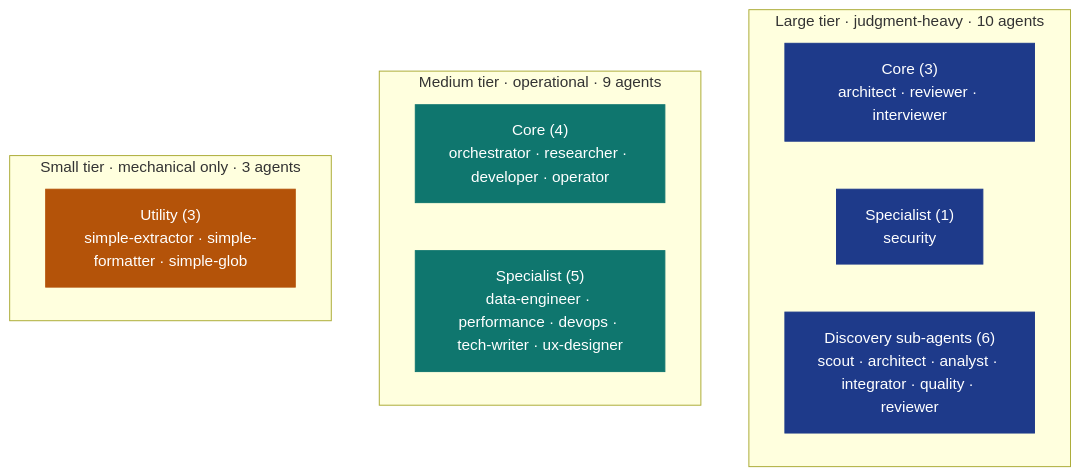
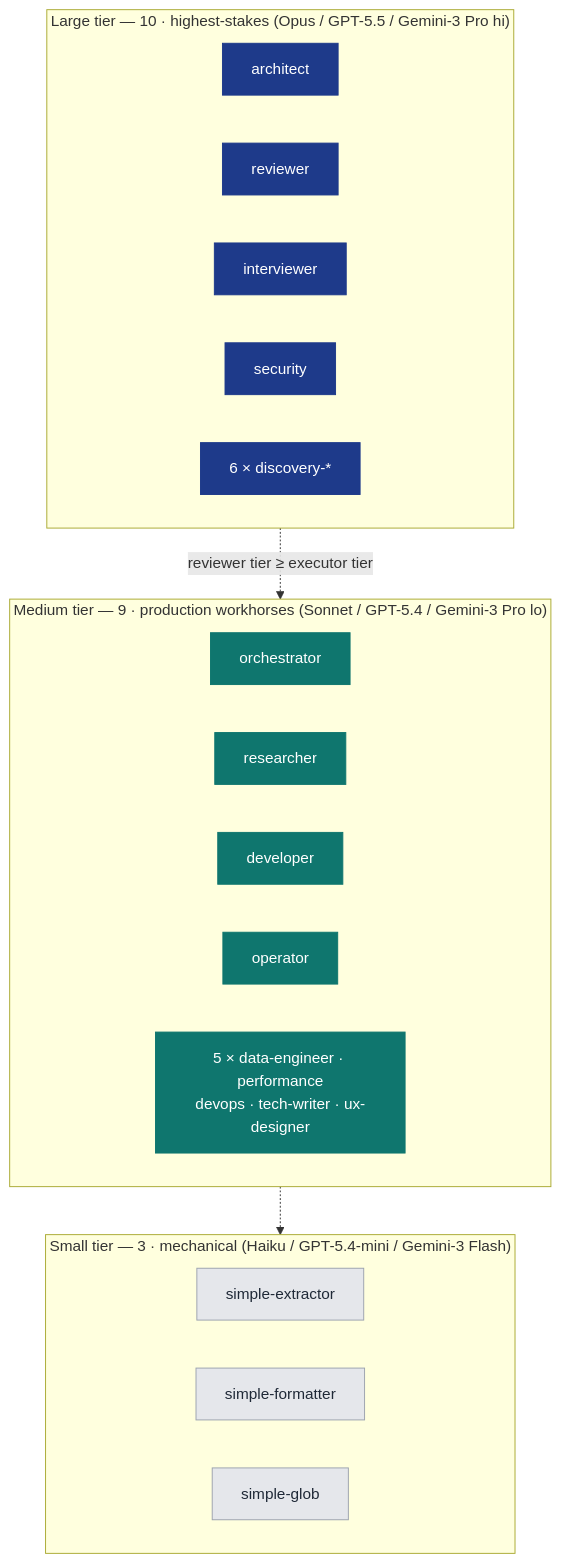
The third of 3 diagrams in README.md (AndreVianna/aid-methodology), drawn with Mermaid before and after one commit. The commit also changed other lines of this file and 4 other files, not shown here.

````diff
--- a/README.md
+++ b/README.md
@@ -201,19 +231,30 @@
 ```mermaid
-graph TB
+flowchart TB
     classDef large fill:#1E3A8A,stroke:#1E3A8A,color:#ffffff
-    classDef medium fill:#0F766E,stroke:#0F766E,color:#ffffff
-    classDef small fill:#B45309,stroke:#B45309,color:#ffffff
+    classDef med   fill:#0F766E,stroke:#0F766E,color:#ffffff
+    classDef small fill:#E5E7EB,stroke:#9CA3AF,color:#1F2937
 
-    subgraph Large[" Large tier · judgment-heavy · 10 agents "]
-        OC["Core (3)<br/>architect · reviewer · interviewer"]:::large
-        OS["Specialist (1)<br/>security"]:::large
-        OD["Discovery sub-agents (6)<br/>scout · architect · analyst · integrator · quality · reviewer"]:::large
+    subgraph L["Large tier — 10 · highest-stakes (Opus / GPT-5.5 / Gemini-3 Pro hi)"]
+        direction LR
+        LA["architect"]:::large
+        LR2["reviewer"]:::large
+        LI["interviewer"]:::large
+        LS["security"]:::large
+        LD["6 × discovery-*"]:::large
     end
-    subgraph Medium[" Medium tier · operational · 9 agents "]
-        SC["Core (4)<br/>orchestrator · researcher · developer · operator"]:::medium
-        SS["Specialist (5)<br/>data-engineer · performance · devops · tech-writer · ux-designer"]:::medium
+    subgraph M["Medium tier — 9 · production workhorses (Sonnet / GPT-5.4 / Gemini-3 Pro lo)"]
+        direction LR
+        MO["orchestrator"]:::med
+        MR["researcher"]:::med
+        MD["developer"]:::med
+        MOps["operator"]:::med
+        MDE["5 × data-engineer · performance<br/>devops · tech-writer · ux-designer"]:::med
     end
-    subgraph Small[" Small tier · mechanical only · 3 agents "]
-        HU["Utility (3)<br/>simple-extractor · simple-formatter · simple-glob"]:::small
+    subgraph S["Small tier — 3 · mechanical (Haiku / GPT-5.4-mini / Gemini-3 Flash)"]
+        direction LR
+        SE["simple-extractor"]:::small
+        SF["simple-formatter"]:::small
+        SG["simple-glob"]:::small
     end
+    L -. "reviewer tier ≥ executor tier" .-> M -.-> S
 ```
````
